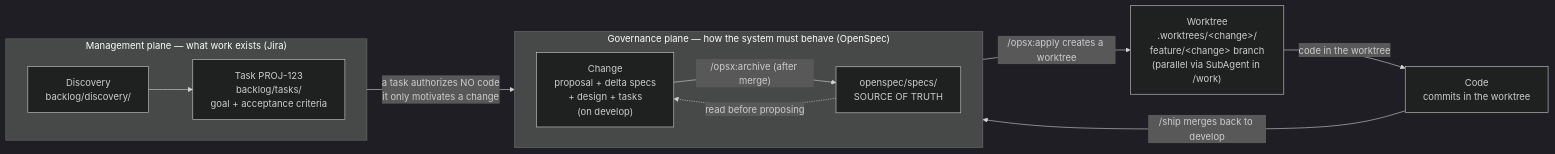
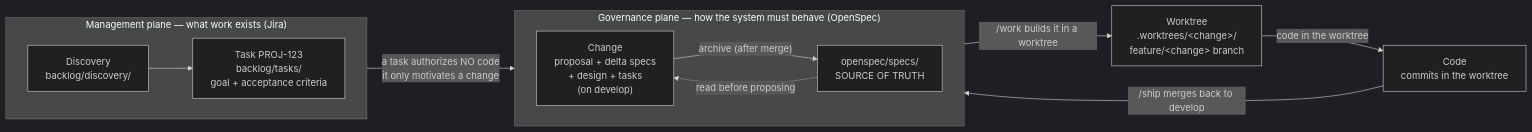
One commit to davidpv/opsx-spec-driven-development-toolkit changed the diagram in README.md. Above: the diagram before and after it, drawn with Mermaid (dark theme). The commit also changed other lines of this file, not shown here.

````diff
--- a/README.md
+++ b/README.md
@@ -32,21 +21,21 @@
 ```mermaid
 flowchart LR
     subgraph MGMT["Management plane — what work exists (Jira)"]
         direction LR
         D["Discovery<br/>backlog/discovery/"] --> T["Task PROJ-123<br/>backlog/tasks/<br/>goal + acceptance criteria"]
     end
 
     subgraph GOV["Governance plane — how the system must behave (OpenSpec)"]
         direction LR
-        C["Change<br/>proposal + delta specs<br/>+ design + tasks<br/>(on develop)"] -- "/opsx:archive (after merge)" --> S["openspec/specs/<br/>SOURCE OF TRUTH"]
+        C["Change<br/>proposal + delta specs<br/>+ design + tasks<br/>(on develop)"] -- "archive (after merge)" --> S["openspec/specs/<br/>SOURCE OF TRUTH"]
         S -. "read before proposing" .-> C
     end
 
-    W["Worktree<br/>.worktrees/&lt;change&gt;/<br/>feature/&lt;change&gt; branch<br/>(parallel via SubAgent in /work)"]
+    W["Worktree<br/>.worktrees/&lt;change&gt;/<br/>feature/&lt;change&gt; branch"]
     CODE["Code<br/>commits in the worktree"]
 
     T -- "a task authorizes NO code<br/>it only motivates a change" --> C
-    C -- "/opsx:apply creates a worktree" --> W
+    C -- "/work builds it in a worktree" --> W
     W -- "code in the worktree" --> CODE
     CODE -- "/ship merges back to develop" --> C
 ```
````
